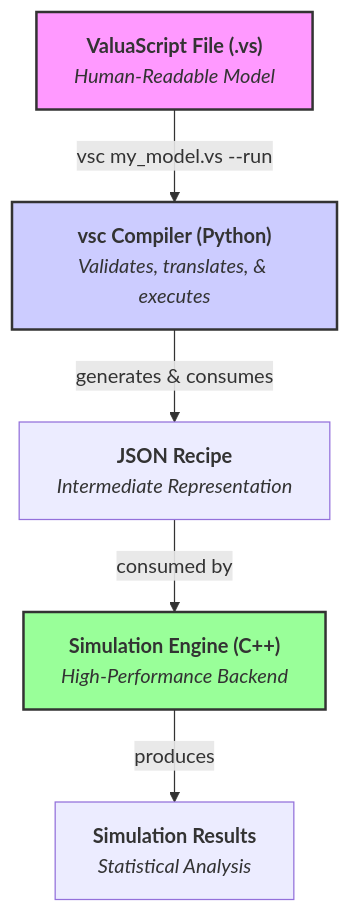
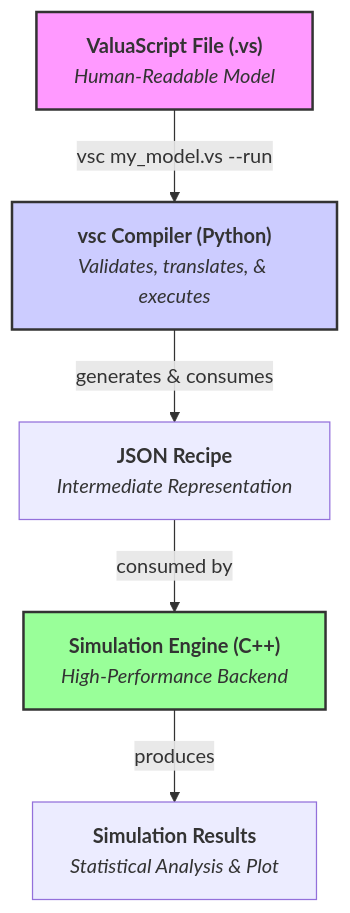
The diagram in README.md (Alessio2704/monte-carlo-simulator), drawn with Mermaid before and after one commit. The commit also changed other lines of this file, not shown here.

````diff
--- a/README.md
+++ b/README.md
@@ -30,11 +31,11 @@
 ```mermaid
 graph TD;
     A["<b>ValuaScript File (.vs)</b><br/><i>Human-Readable Model</i>"] -- "vsc my_model.vs --run" --> B["<b>vsc Compiler (Python)</b><br/><i>Validates, translates, & executes</i>"];
     B -- generates & consumes --> C["<b>JSON Recipe</b><br/><i>Intermediate Representation</i>"];
     C -- consumed by --> D["<b>Simulation Engine (C++)</b><br/><i>High-Performance Backend</i>"];
-    D -- produces --> E["<b>Simulation Results</b><br/><i>Statistical Analysis</i>"];
+    D -- produces --> E["<b>Simulation Results</b><br/><i>Statistical Analysis & Plot</i>"];
 
     style A fill:#f9f,stroke:#333,stroke-width:2px
     style B fill:#ccf,stroke:#333,stroke-width:2px
     style D fill:#9f9,stroke:#333,stroke-width:2px
 ```
````
